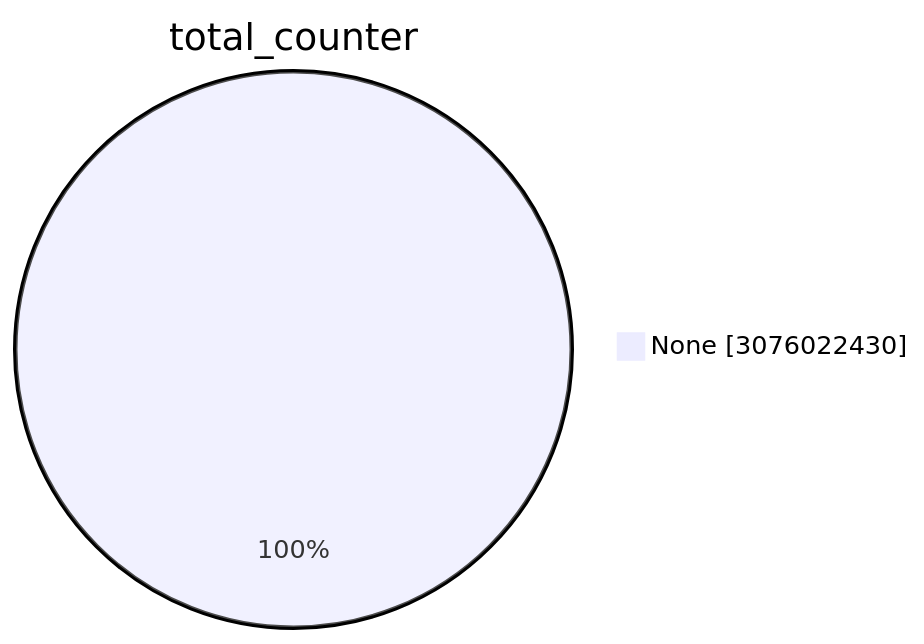
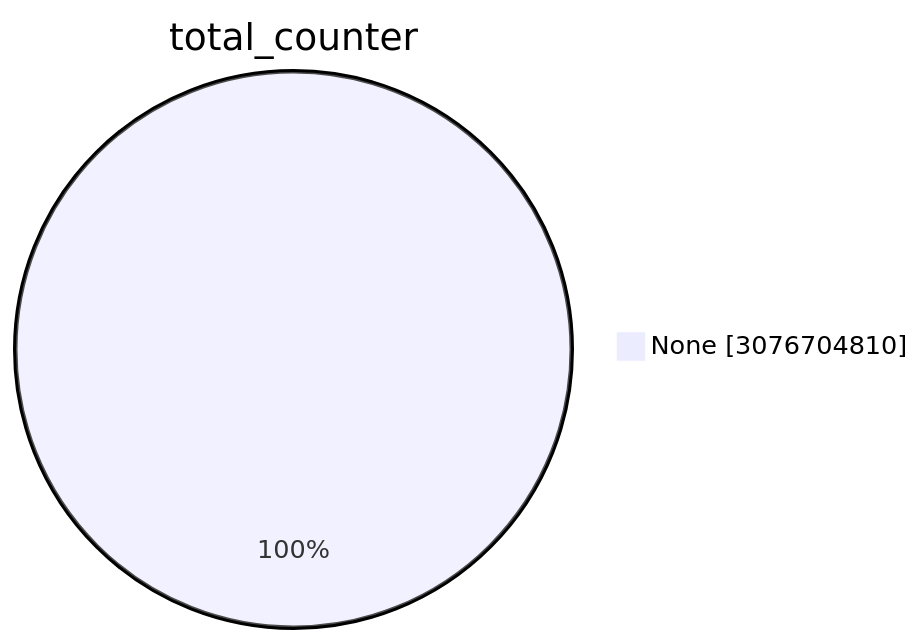
Before and after one commit to christiankrug/ctmonitor_visualization: the first of 15 diagrams in TOTAL/README.md, drawn with Mermaid. The commit also changed other lines of this file, not shown here.

````diff
--- a/TOTAL/README.md
+++ b/TOTAL/README.md
@@ -1,5 +1,5 @@
 ```mermaid
 pie showData
 title total_counter
-"None" :3076022430
+"None" :3076704810
 ```
````
